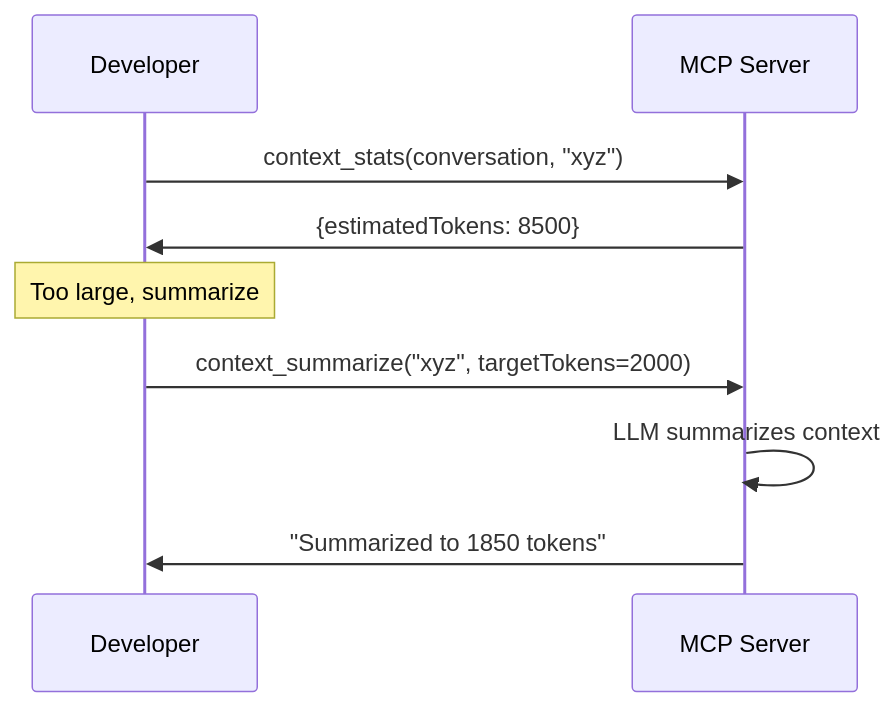
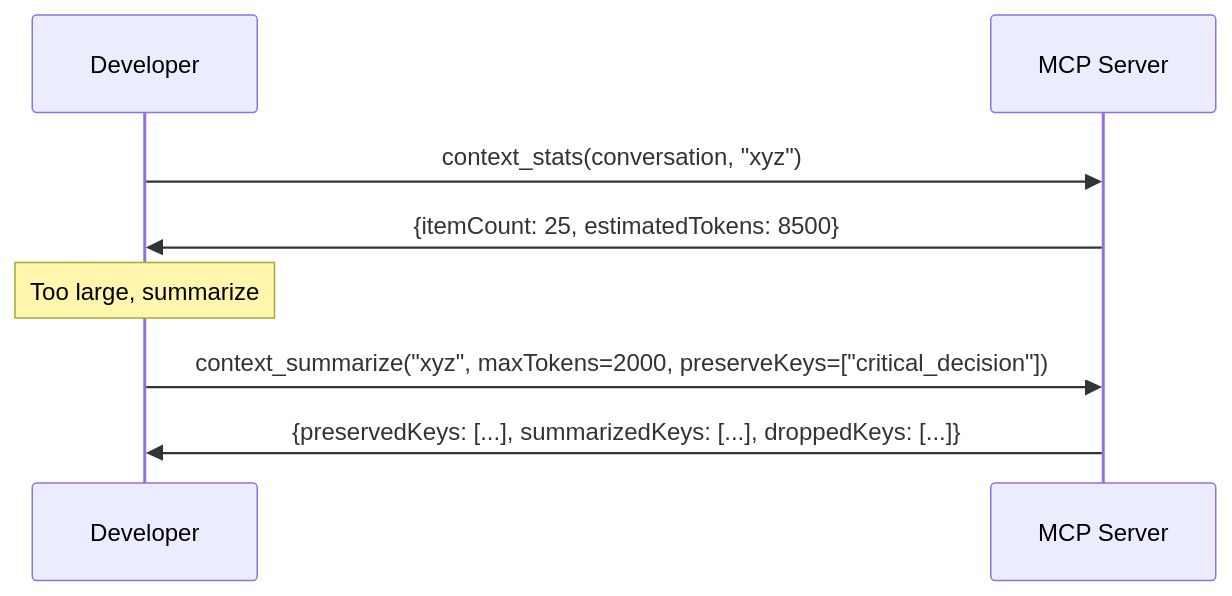
The fourth of 4 diagrams in docs/context-management.md (ia64mail/quorum), drawn with Mermaid before and after one commit. The commit also changed other lines of this file and 3 other files, not shown here.

````diff
--- a/docs/context-management.md
+++ b/docs/context-management.md
@@ -420,14 +275,13 @@
 ```mermaid
 sequenceDiagram
     participant D as Developer
     participant MCP as MCP Server
 
     D->>MCP: context_stats(conversation, "xyz")
-    MCP->>D: {estimatedTokens: 8500}
+    MCP->>D: {itemCount: 25, estimatedTokens: 8500}
 
     Note over D: Too large, summarize
 
-    D->>MCP: context_summarize("xyz", targetTokens=2000)
-    MCP->>MCP: LLM summarizes context
-    MCP->>D: "Summarized to 1850 tokens"
+    D->>MCP: context_summarize("xyz", maxTokens=2000, preserveKeys=["critical_decision"])
+    MCP->>D: {preservedKeys: [...], summarizedKeys: [...], droppedKeys: [...]}
 ```
````
